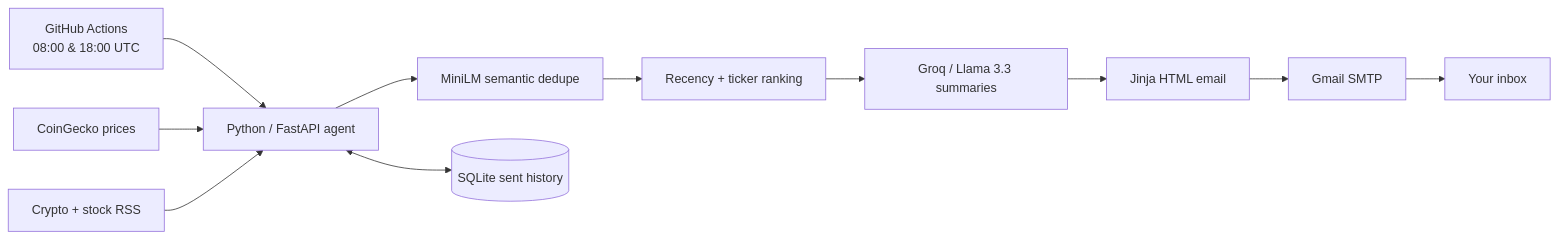
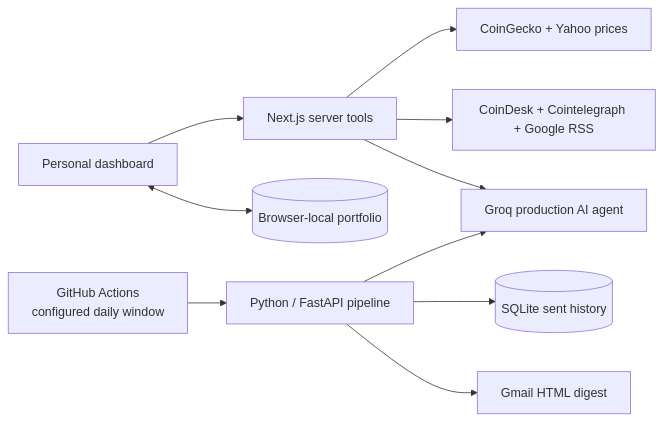
The diagram in README.md (AaditHire/FinPulse), drawn with Mermaid before and after one commit. The commit also changed other lines of this file and 1 other file, not shown here.

Commit message:
Document dashboard setup and verification

````diff
--- a/README.md
+++ b/README.md
@@ -16,13 +18,12 @@
 ```mermaid
 flowchart LR
-    A[GitHub Actions<br/>08:00 & 18:00 UTC] --> B[Python / FastAPI agent]
-    C[CoinGecko prices] --> B
-    D[Crypto + stock RSS] --> B
-    B --> E[MiniLM semantic dedupe]
-    E --> F[Recency + ticker ranking]
-    F --> G[Groq / Llama 3.3 summaries]
-    G --> H[Jinja HTML email]
-    H --> I[Gmail SMTP]
-    I --> J[Your inbox]
-    B <--> K[(SQLite sent history)]
+    U[Personal dashboard] --> N[Next.js server tools]
+    N --> C[CoinGecko + Yahoo prices]
+    N --> R[CoinDesk + Cointelegraph + Google RSS]
+    N --> G[Groq production AI agent]
+    U <--> L[(Browser-local portfolio)]
+    A[GitHub Actions<br/>configured daily window] --> P[Python / FastAPI pipeline]
+    P --> G
+    P --> S[(SQLite sent history)]
+    P --> M[Gmail HTML digest]
 ```
````
